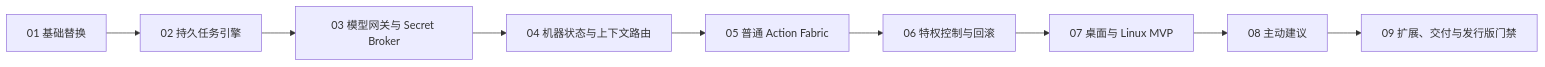
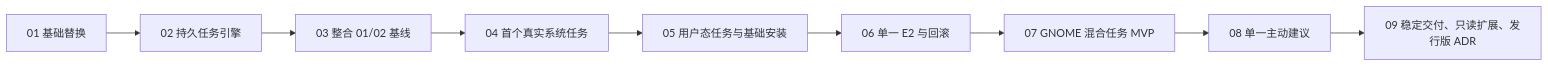
Before and after one commit to Rand0MGG/vibeos: the second of 2 diagrams in docs/goals/agent_native/README.md, drawn with Mermaid. The commit also changed other lines of this file and 29 other files, not shown here.

````diff
--- a/docs/goals/agent_native/README.md
+++ b/docs/goals/agent_native/README.md
@@ -80,11 +89,11 @@
 ```mermaid
 flowchart LR
     G1["01 基础替换"] --> G2["02 持久任务引擎"]
-    G2 --> G3["03 模型网关与 Secret Broker"]
-    G3 --> G4["04 机器状态与上下文路由"]
-    G4 --> G5["05 普通 Action Fabric"]
-    G5 --> G6["06 特权控制与回滚"]
-    G6 --> G7["07 桌面与 Linux MVP"]
-    G7 --> G8["08 主动建议"]
-    G8 --> G9["09 扩展、交付与发行版门禁"]
+    G2 --> G3["03 整合 01/02 基线"]
+    G3 --> G4["04 首个真实系统任务"]
+    G4 --> G5["05 用户态任务与基础安装"]
+    G5 --> G6["06 单一 E2 与回滚"]
+    G6 --> G7["07 GNOME 混合任务 MVP"]
+    G7 --> G8["08 单一主动建议"]
+    G8 --> G9["09 稳定交付、只读扩展、发行版 ADR"]
 ```
````
